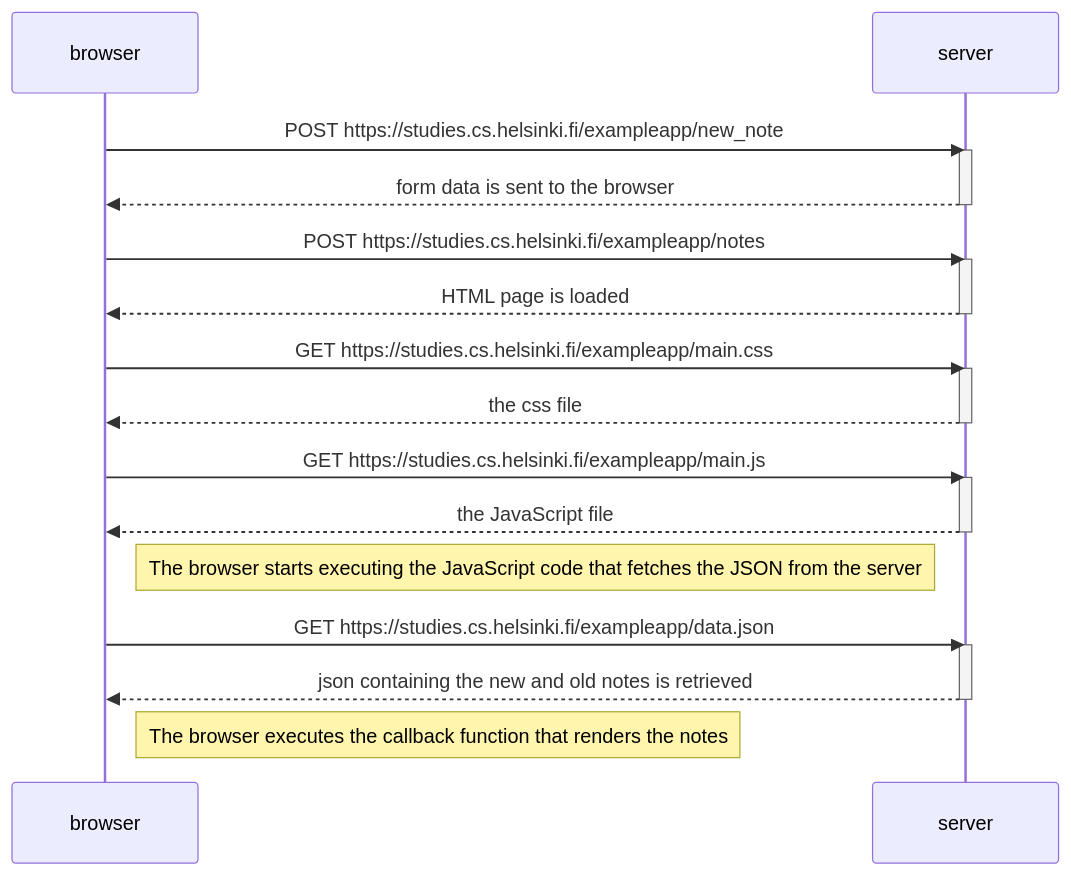
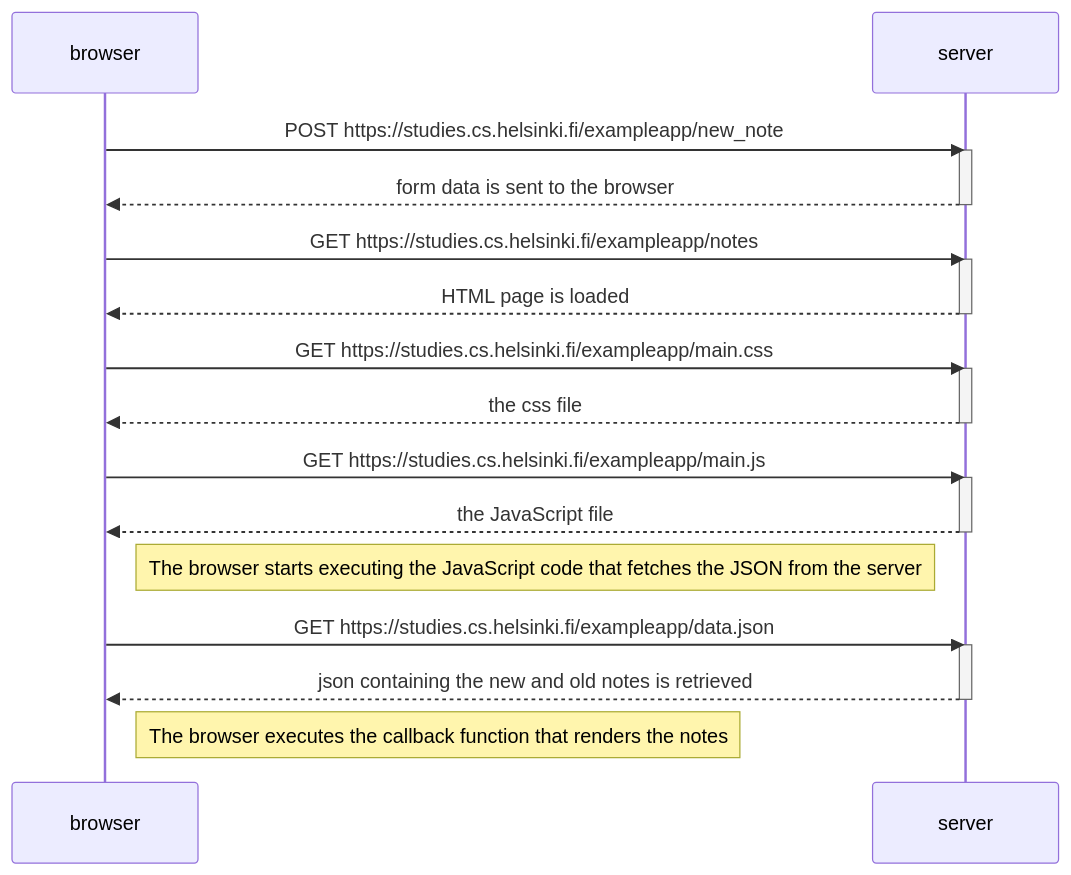
The diagram in note_diagram04.md (AlessandraBombino/part0), drawn with Mermaid before and after one commit.

````diff
--- a/note_diagram04.md
+++ b/note_diagram04.md
@@ -2,34 +2,34 @@
 ```mermaid
 sequenceDiagram
     participant browser
     participant server
 
     browser->>server: POST https://studies.cs.helsinki.fi/exampleapp/new_note
     activate server
     server-->>browser: form data is sent to the browser
     deactivate server
 
-    browser->>server: POST https://studies.cs.helsinki.fi/exampleapp/notes
+    browser->>server: GET https://studies.cs.helsinki.fi/exampleapp/notes
     activate server
     server-->>browser: HTML page is loaded
     deactivate server
 
     browser->>server: GET https://studies.cs.helsinki.fi/exampleapp/main.css
     activate server
     server-->>browser: the css file
     deactivate server
 
     browser->>server: GET https://studies.cs.helsinki.fi/exampleapp/main.js
     activate server
     server-->>browser: the JavaScript file
     deactivate server
 
     Note right of browser: The browser starts executing the JavaScript code that fetches the JSON from the server
 
     browser->>server: GET https://studies.cs.helsinki.fi/exampleapp/data.json
     activate server
     server-->>browser: json containing the new and old notes is retrieved
     deactivate server
 
     Note right of browser: The browser executes the callback function that renders the notes
 ```
````
